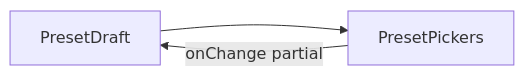
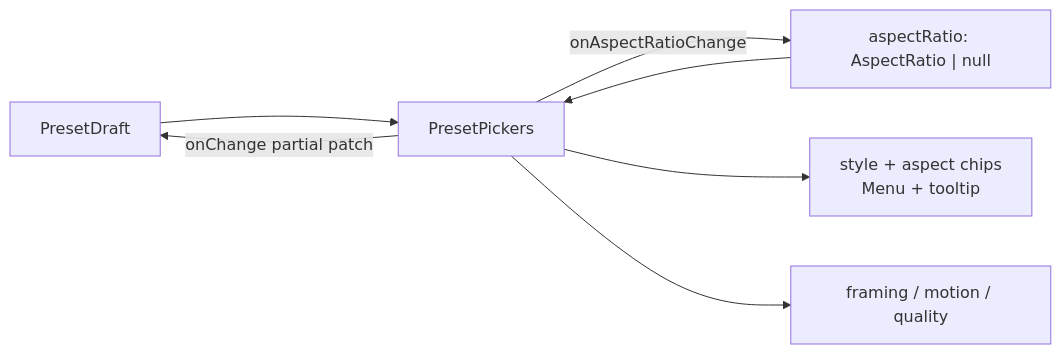
One commit to AzamatRaimbekov2/openCreate changed the diagram in apps/web/src/modules/Cinema/components/PresetPickers.tsx.md. Above: the diagram before and after it, drawn with Mermaid. The commit also changed other lines of this file and 206 other files, not shown here.

````diff
--- a/apps/web/src/modules/Cinema/components/PresetPickers.tsx.md
+++ b/apps/web/src/modules/Cinema/components/PresetPickers.tsx.md
@@ -27,4 +38,9 @@
 ```mermaid
 flowchart LR
-  V[PresetDraft] --> P[PresetPickers] -->|onChange partial| V
+  V[PresetDraft] --> P[PresetPickers]
+  A["aspectRatio: AspectRatio | null"] --> P
+  P -->|onChange partial patch| V
+  P -->|onAspectRatioChange| A
+  P --> CHIPS[style + aspect chips<br/>Menu + tooltip]
+  P --> SELECTS[framing / motion / quality]
 ```
````
